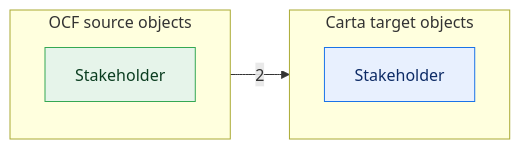
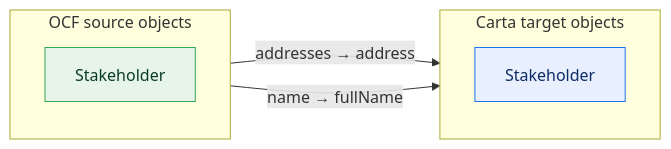
The first of 5 diagrams in core/core-gaps.md (Open-Cap-Table-Coalition/OCF-Composed-Schemas), drawn with Mermaid before and after one commit. The commit also changed other lines of this file and 4 other files, not shown here.

First line of the commit message:
OCF Core: label loss-diagram edges with the property flowing

````diff
--- a/core/core-gaps.md
+++ b/core/core-gaps.md
@@ -16,16 +16,17 @@
 ```mermaid
 flowchart LR
   classDef adm fill:#e6f4ea,stroke:#34a853,color:#0b3d20;
   classDef notadm fill:#f1f3f4,stroke:#9aa0a6,color:#5f6368,stroke-dasharray:4 3;
   classDef carta fill:#e8f0fe,stroke:#1a73e8,color:#0d2b66;
   classDef sink fill:#fce8e6,stroke:#d93025,color:#5c0d06;
   subgraph SRC["OCF source objects"]
     direction TB
     o0["Stakeholder"]:::adm
   end
   subgraph TGT["Carta target objects"]
     direction TB
     t0["Stakeholder"]:::carta
   end
-  o0 -->|2| t0
+  o0 -->|"addresses → address"| t0
+  o0 -->|"name → fullName"| t0
 ```
````
